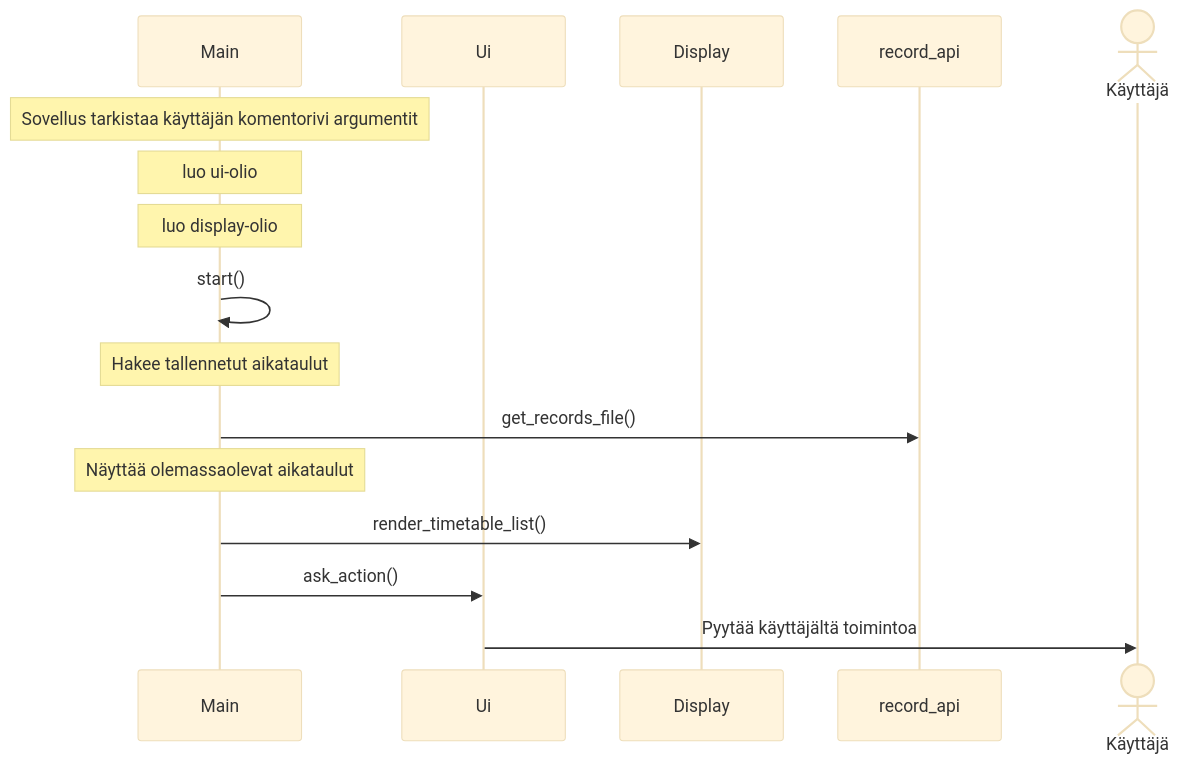
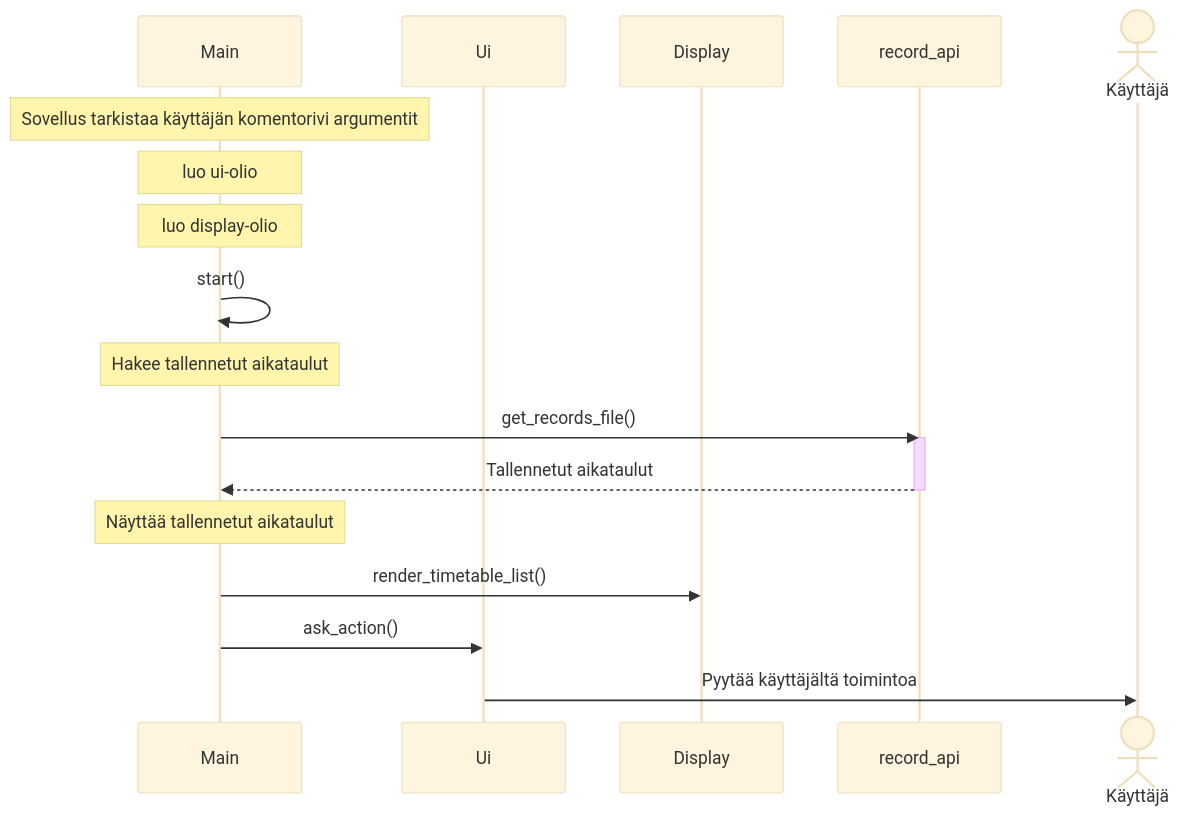
One commit to astranero/ot-harjoitustyo-1 changed the third of 5 diagrams in bussitt-app/dokumentaatio/arkkitehtuuri.md. Above: the diagram before and after it, drawn with Mermaid (base theme).

````diff
--- a/bussitt-app/dokumentaatio/arkkitehtuuri.md
+++ b/bussitt-app/dokumentaatio/arkkitehtuuri.md
@@ -87,20 +87,23 @@
 ```mermaid
 sequenceDiagram
     participant Main
     participant Ui
     participant Display
     participant record_api
     actor Käyttäjä
     
     Note over Main: Sovellus tarkistaa käyttäjän komentorivi argumentit
     Note over Main: luo ui-olio
     Note over Main: luo display-olio
 
     Main->>Main: start()
     Note over Main: Hakee tallennetut aikataulut
     Main->>record_api: get_records_file()
-    Note over Main: Näyttää olemassaolevat aikataulut
+    activate record_api
+    record_api-->>Main: Tallennetut aikataulut
+    deactivate record_api
+    Note over Main: Näyttää tallennetut aikataulut
     Main->>Display: render_timetable_list()
     Main->>Ui: ask_action()
     Ui->>Käyttäjä: Pyytää käyttäjältä toimintoa
 ```
````
